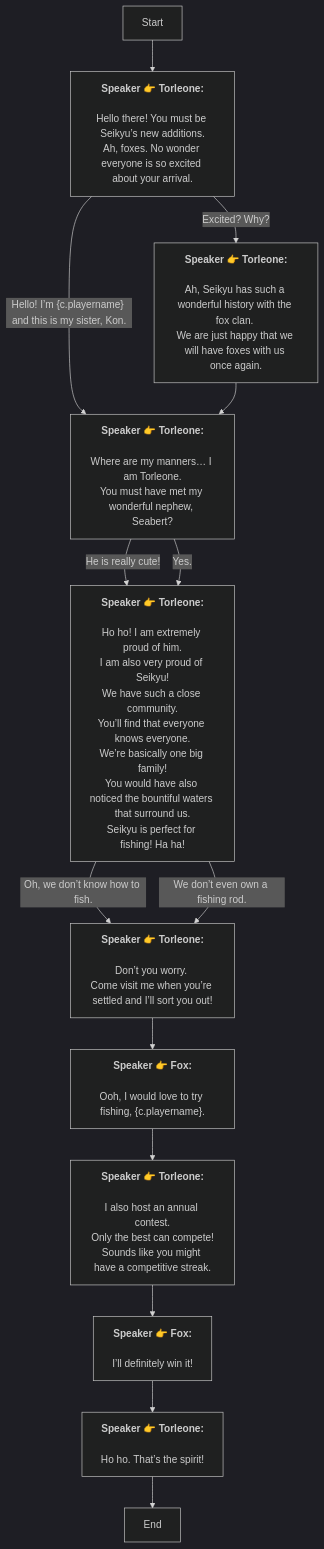
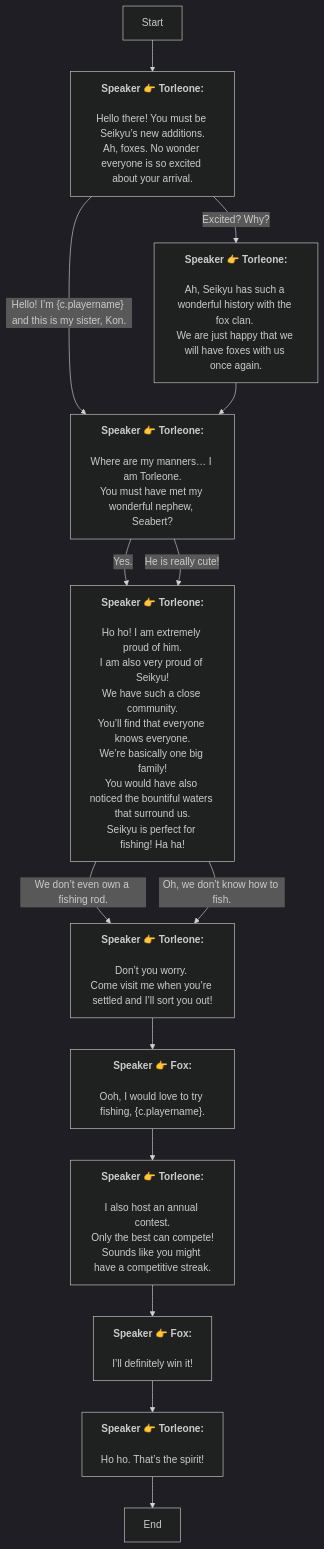
One commit to SoftHu/tos_avg changed the diagram in Zh/QuestTalkObjectiveNode_1772258635588775.md. Above: the diagram before and after it, drawn with Mermaid (dark theme). The commit also changed other lines of this file and 780 other files, not shown here.

````diff
--- a/Zh/QuestTalkObjectiveNode_1772258635588775.md
+++ b/Zh/QuestTalkObjectiveNode_1772258635588775.md
@@ -1,45 +1,45 @@
 ```mermaid
 graph
 Start -->1772258770170026[<b>Speaker 👉 Torleone:</b>
 \nHello there! You must be Seikyu’s new additions.
 Ah, foxes. No wonder everyone is so excited about your arrival.]
+1772258770170026 -->|Hello! I’m &lbrace;c.playername&rbrace; and this is my sister, Kon.|1772259295134897[<b>Speaker 👉 Torleone:</b>
+\nWhere are my manners… I am Torleone.
+You must have met my wonderful nephew, Seabert?]
 1772258770170026 -->|Excited? Why?|1772259096675504[<b>Speaker 👉 Torleone:</b>
 \nAh, Seikyu has such a wonderful history with the fox clan. 
 We are just happy that we will have foxes with us once again.]
-1772258770170026 -->|Hello! I’m &lbrace;c.playername&rbrace; and this is my sister, Kon.|1772259295134897[<b>Speaker 👉 Torleone:</b>
-\nWhere are my manners… I am Torleone.
-You must have met my wonderful nephew, Seabert?]
 1772259096675504 -->1772259295134897[<b>Speaker 👉 Torleone:</b>
 \nWhere are my manners… I am Torleone.
 You must have met my wonderful nephew, Seabert?]
+1772259295134897 -->|Yes.|1772259472707768[<b>Speaker 👉 Torleone:</b>
+\nHo ho! I am extremely proud of him.
+I am also very proud of Seikyu!\nWe have such a close community.
+You’ll find that everyone knows everyone.
+We’re basically one big family!\nYou would have also noticed the bountiful waters that surround us.
+Seikyu is perfect for fishing! Ha ha!]
 1772259295134897 -->|He is really cute!|1772259472707768[<b>Speaker 👉 Torleone:</b>
 \nHo ho! I am extremely proud of him.
 I am also very proud of Seikyu!\nWe have such a close community.
 You’ll find that everyone knows everyone.
 We’re basically one big family!\nYou would have also noticed the bountiful waters that surround us.
 Seikyu is perfect for fishing! Ha ha!]
-1772259295134897 -->|Yes.|1772259472707768[<b>Speaker 👉 Torleone:</b>
-\nHo ho! I am extremely proud of him.
-I am also very proud of Seikyu!\nWe have such a close community.
-You’ll find that everyone knows everyone.
-We’re basically one big family!\nYou would have also noticed the bountiful waters that surround us.
-Seikyu is perfect for fishing! Ha ha!]
-1772259472707768 -->|Oh, we don’t know how to fish.|1772260066487481[<b>Speaker 👉 Torleone:</b>
+1772259472707768 -->|We don’t even own a fishing rod.|1772260066487481[<b>Speaker 👉 Torleone:</b>
 \nDon’t you worry. 
 Come visit me when you’re settled and I’ll sort you out!]
-1772259472707768 -->|We don’t even own a fishing rod.|1772260066487481[<b>Speaker 👉 Torleone:</b>
+1772259472707768 -->|Oh, we don’t know how to fish.|1772260066487481[<b>Speaker 👉 Torleone:</b>
 \nDon’t you worry. 
 Come visit me when you’re settled and I’ll sort you out!]
 1772260066487481 -->1775358481558881[<b>Speaker 👉 Fox:</b>
 \nOoh, I would love to try fishing, &lbrace;c.playername&rbrace;.]
 1775358481558881 -->1775358538745194[<b>Speaker 👉 Torleone:</b>
 \nI also host an annual contest.
 Only the best can compete!
 Sounds like you might have a competitive streak.]
 1775358538745194 -->1775358550124909[<b>Speaker 👉 Fox:</b>
 \nI’ll definitely win it!]
 1775358550124909 -->1775358576323952[<b>Speaker 👉 Torleone:</b>
 \nHo ho. That’s the spirit!]
 1775358576323952 -->1772260302985402[End]
 
 ```
````
